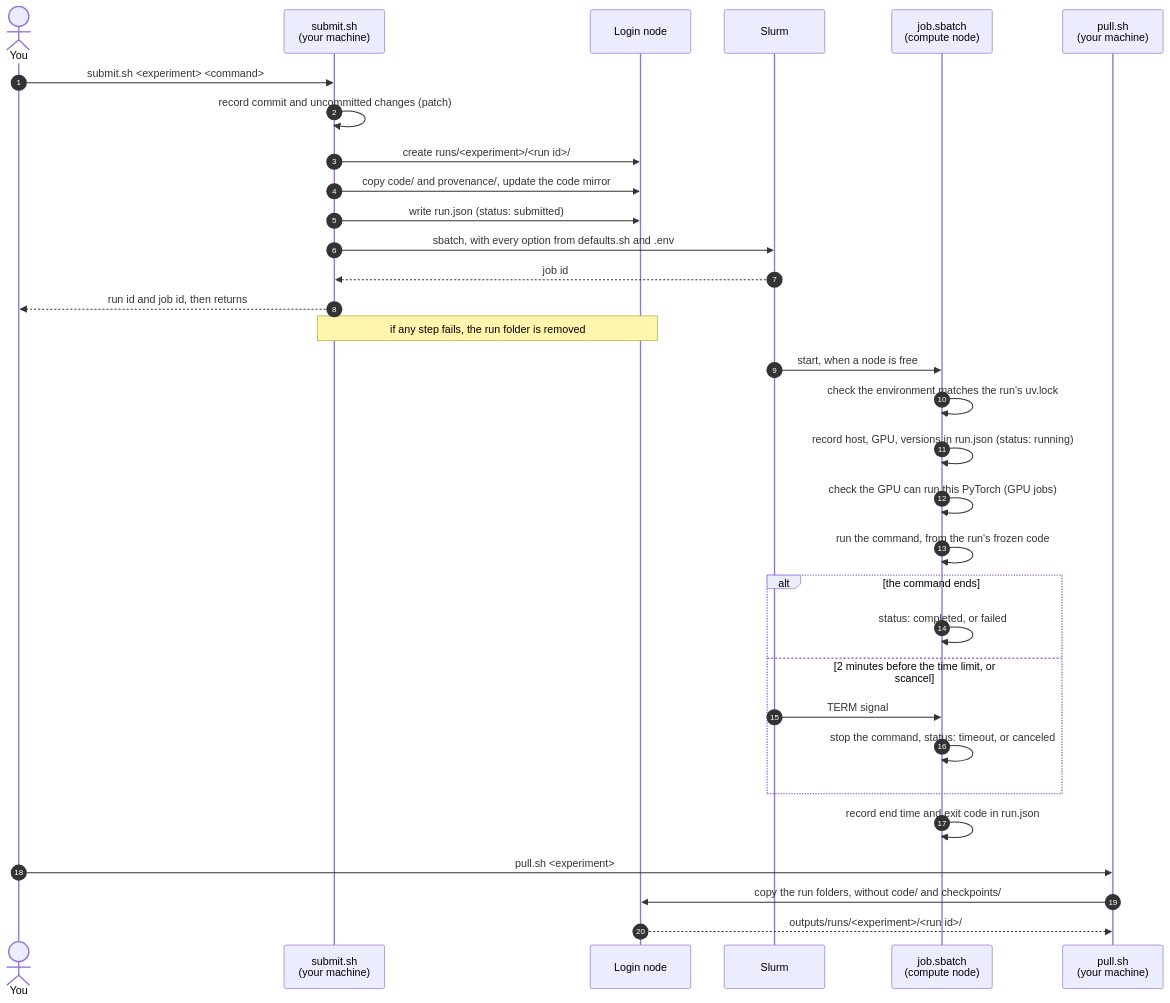
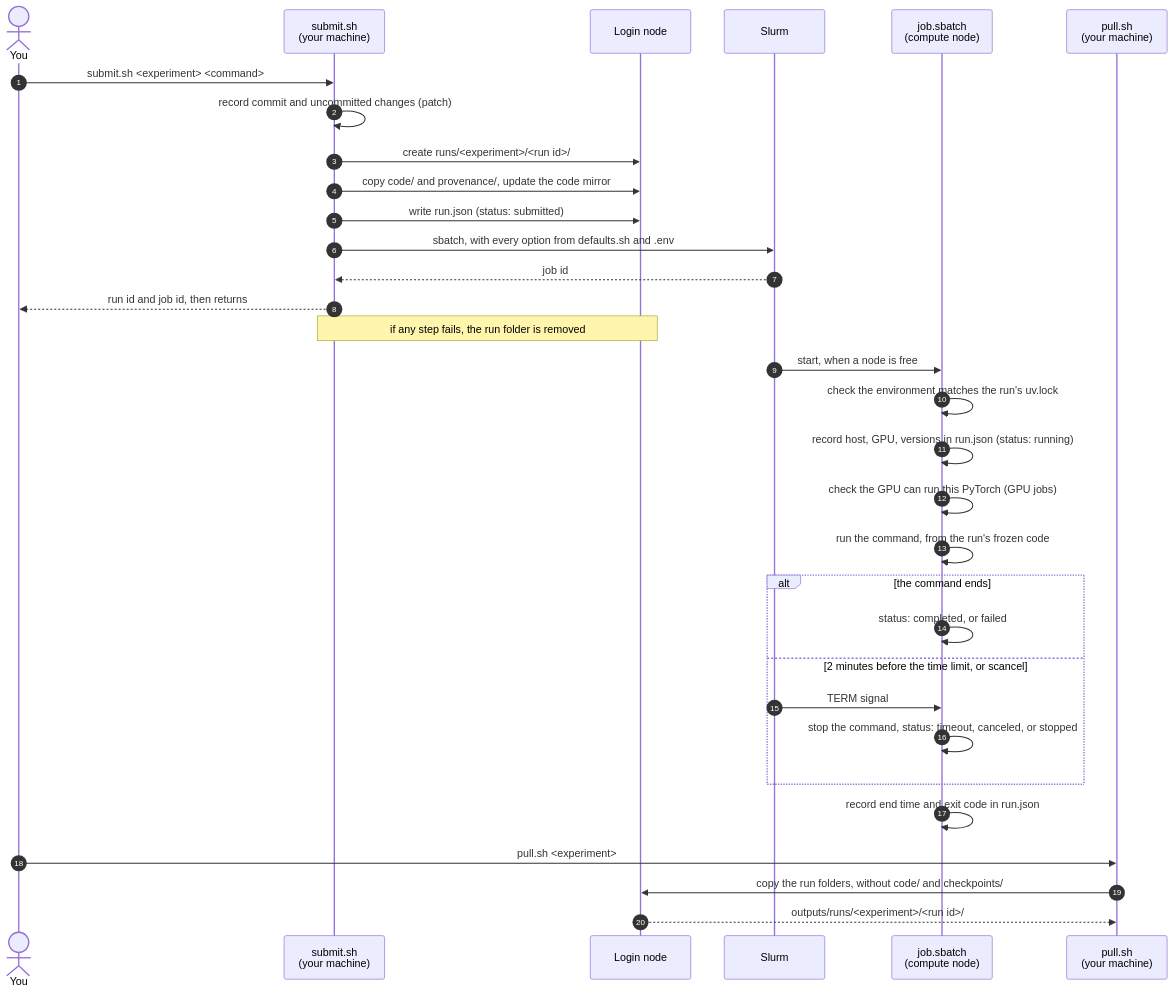
Before and after one commit to daliran/tsmerge: the diagram in docs/project/diagrams/cluster-run.mmd, drawn with Mermaid. The commit also changed 17 other files, not shown here.

Commit message:
docs(diagrams): add six diagrams and update two

```diff
--- a/docs/project/diagrams/cluster-run.mmd
+++ b/docs/project/diagrams/cluster-run.mmd
@@ -1,37 +1,37 @@
 %% One cluster run from submission to pulled results.
 %% Shown in docs/project/running.md.
 sequenceDiagram
   autonumber
   actor You
   participant Submit as submit.sh<br/>(your machine)
   participant Login as Login node
   participant Slurm
   participant Job as job.sbatch<br/>(compute node)
   participant Pull as pull.sh<br/>(your machine)
 
   You->>Submit: submit.sh #lt;experiment#gt; #lt;command#gt;
   Submit->>Submit: record commit and uncommitted changes (patch)
   Submit->>Login: create runs/#lt;experiment#gt;/#lt;run id#gt;/
   Submit->>Login: copy code/ and provenance/, update the code mirror
   Submit->>Login: write run.json (status: submitted)
   Submit->>Slurm: sbatch, with every option from defaults.sh and .env
   Slurm-->>Submit: job id
   Submit-->>You: run id and job id, then returns
   Note over Submit,Login: if any step fails, the run folder is removed
 
   Slurm->>Job: start, when a node is free
   Job->>Job: check the environment matches the run's uv.lock
   Job->>Job: record host, GPU, versions in run.json (status: running)
   Job->>Job: check the GPU can run this PyTorch (GPU jobs)
   Job->>Job: run the command, from the run's frozen code
   alt the command ends
     Job->>Job: status: completed, or failed
   else 2 minutes before the time limit, or scancel
     Slurm->>Job: TERM signal
-    Job->>Job: stop the command, status: timeout, or canceled
+    Job->>Job: stop the command, status: timeout, canceled, or stopped
   end
   Job->>Job: record end time and exit code in run.json
 
   You->>Pull: pull.sh #lt;experiment#gt;
   Pull->>Login: copy the run folders, without code/ and checkpoints/
   Login-->>Pull: outputs/runs/#lt;experiment#gt;/#lt;run id#gt;/
```
